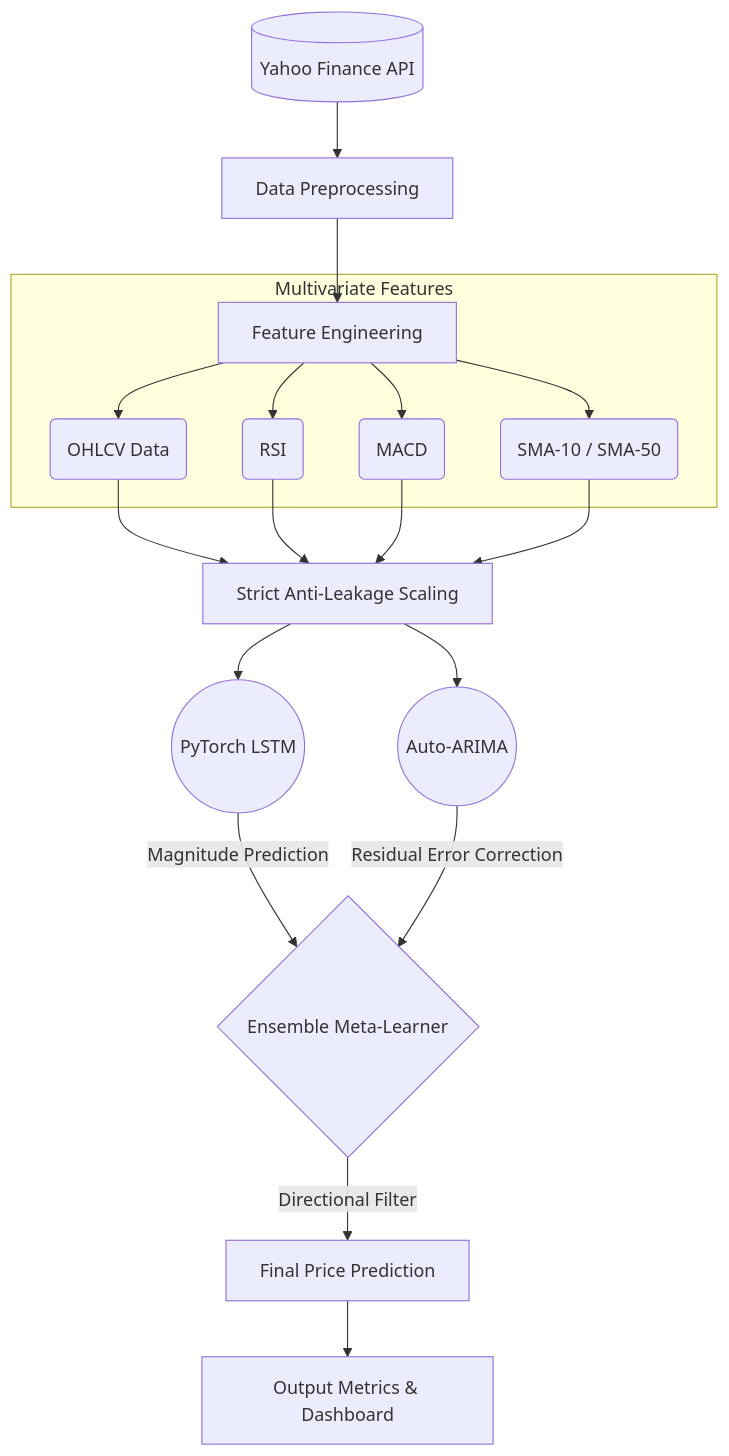
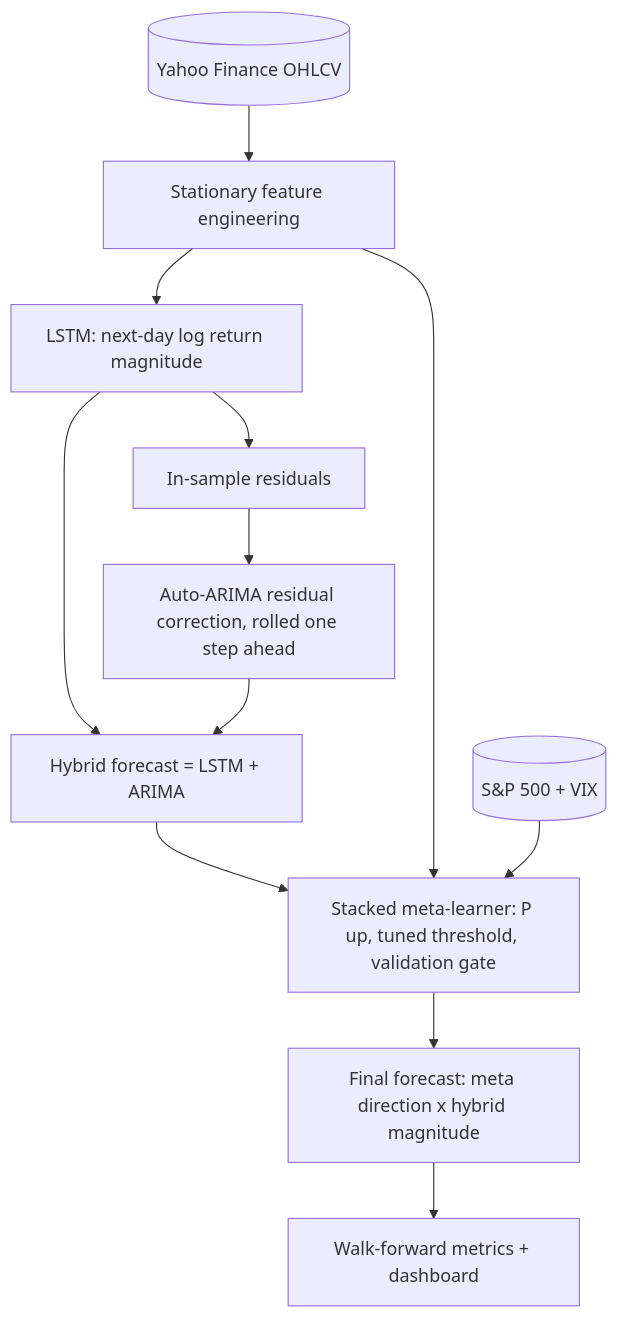
Before and after one commit to vatsal3512/ARIMA-LSTM-Hybrid-Stock-Prediction-Model: the diagram in README.md, drawn with Mermaid. The commit also changed other lines of this file and 13 other files, not shown here.

First line of the commit message:
Rebuild project: log-return target, stacked meta-learner, walk-forward evaluation

````diff
--- a/README.md
+++ b/README.md
@@ -16,27 +11,14 @@
 ```mermaid
 graph TD
-    A[(Yahoo Finance API)] --> B[Data Preprocessing]
-    B --> C[Feature Engineering]
-    
-    subgraph Multivariate Features
-    C --> D(OHLCV Data)
-    C --> E(RSI)
-    C --> F(MACD)
-    C --> G(SMA-10 / SMA-50)
-    end
-    
-    D --> H[Strict Anti-Leakage Scaling]
-    E --> H
-    F --> H
-    G --> H
-    
-    H --> I((PyTorch LSTM))
-    H --> J((Auto-ARIMA))
-    
-    I -- Magnitude Prediction --> K{Ensemble Meta-Learner}
-    J -- Residual Error Correction --> K
-    
-    K -- Directional Filter --> L[Final Price Prediction]
-    
-    L --> M[Output Metrics & Dashboard]
+    A[(Yahoo Finance OHLCV)] --> B[Stationary feature engineering]
+    B --> C[LSTM: next-day log return magnitude]
+    C --> D[In-sample residuals]
+    D --> E[Auto-ARIMA residual correction, rolled one step ahead]
+    C --> F[Hybrid forecast = LSTM + ARIMA]
+    E --> F
+    F --> G[Stacked meta-learner: P up, tuned threshold, validation gate]
+    B --> G
+    M[(S&P 500 + VIX)] --> G
+    G --> H[Final forecast: meta direction x hybrid magnitude]
+    H --> I[Walk-forward metrics + dashboard]
 ```
````
